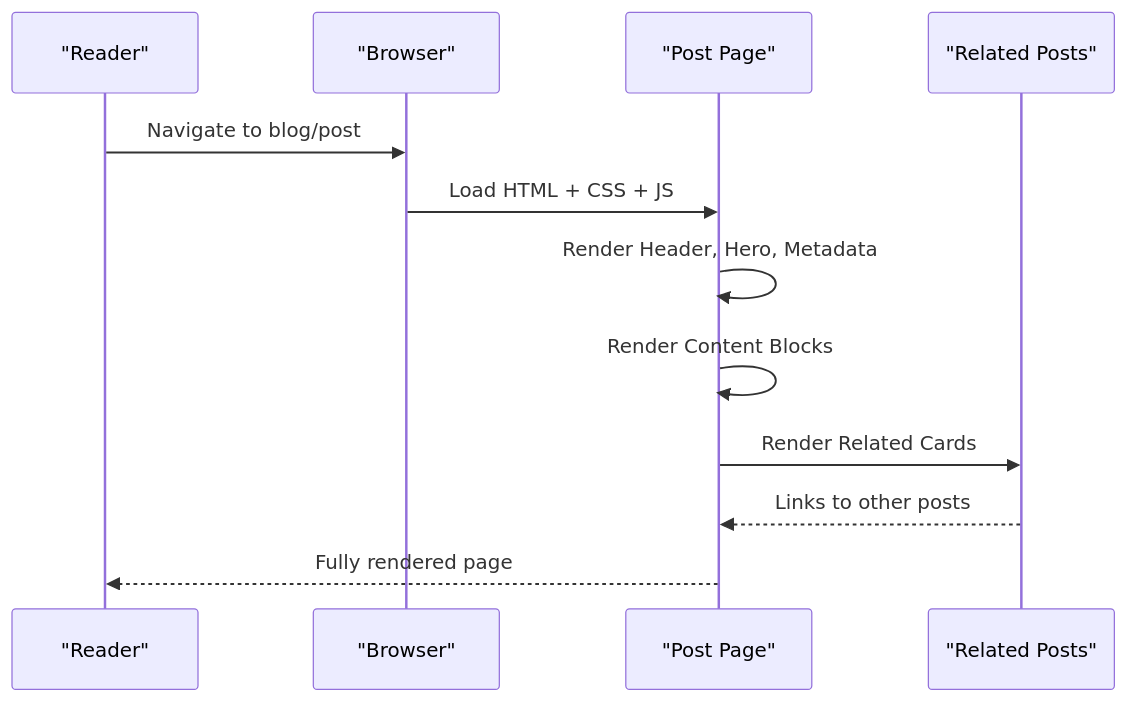
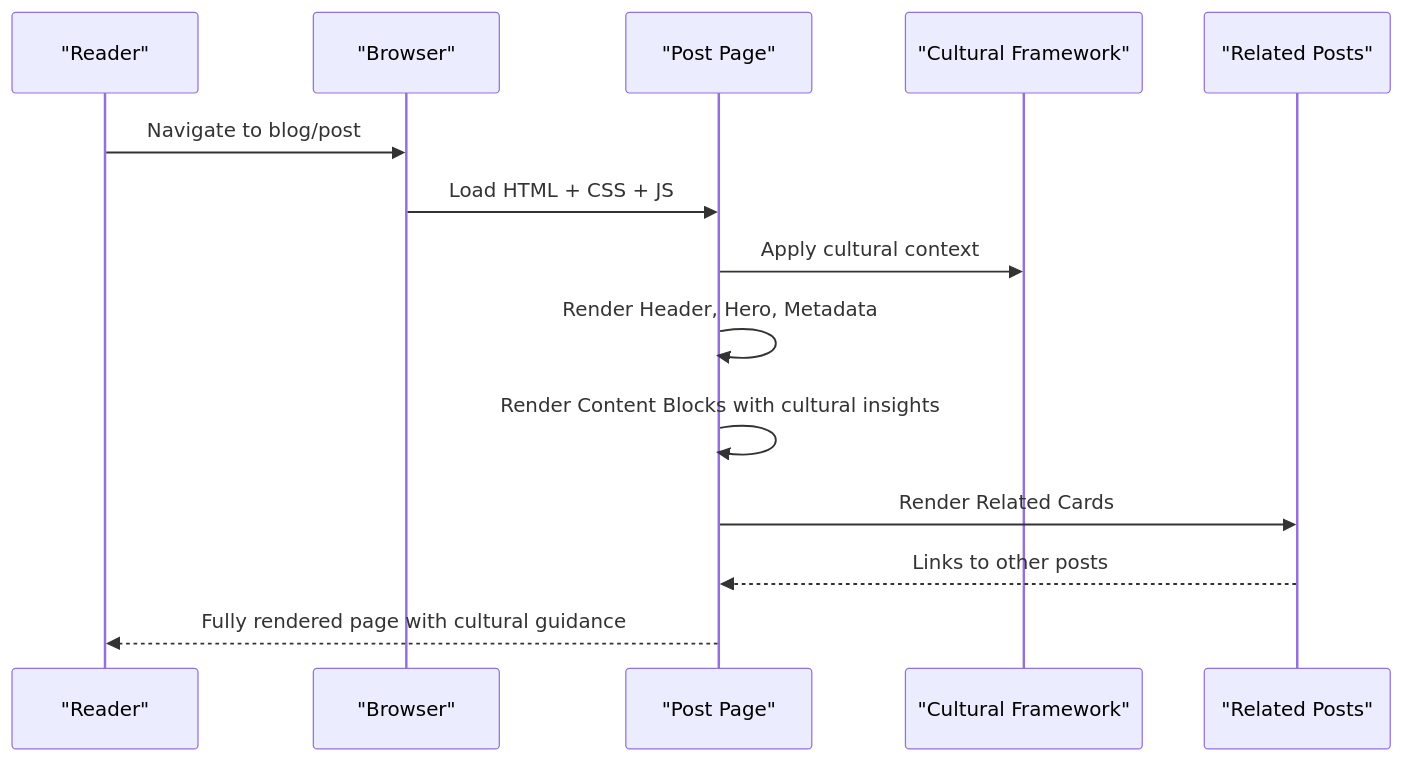
Before and after one commit to lynchip/graduates: the fourth of 6 diagrams in .qoder/repowiki/en/content/Core Features/Educational Content Platform.md, drawn with Mermaid. The commit also changed other lines of this file and 12 other files, not shown here.

````diff
--- a/.qoder/repowiki/en/content/Core Features/Educational Content Platform.md
+++ b/.qoder/repowiki/en/content/Core Features/Educational Content Platform.md
@@ -233,14 +238,16 @@
 ```mermaid
 sequenceDiagram
 participant User as "Reader"
 participant Browser as "Browser"
 participant Post as "Post Page"
+participant Culture as "Cultural Framework"
 participant Related as "Related Posts"
 User->>Browser : Navigate to blog/post
 Browser->>Post : Load HTML + CSS + JS
+Post->>Culture : Apply cultural context
 Post->>Post : Render Header, Hero, Metadata
-Post->>Post : Render Content Blocks
+Post->>Post : Render Content Blocks with cultural insights
 Post->>Related : Render Related Cards
 Related-->>Post : Links to other posts
-Post-->>User : Fully rendered page
+Post-->>User : Fully rendered page with cultural guidance
 ```
````
